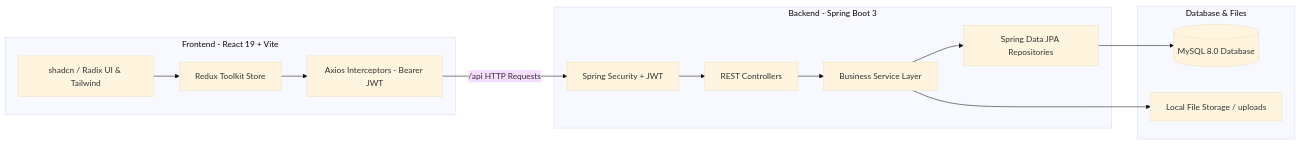
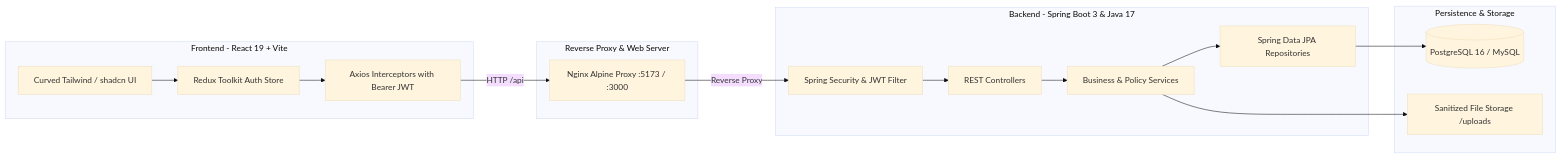
One commit to burlaprudhviraj123/SE_Project changed the diagram in README.md. Above: the diagram before and after it, drawn with Mermaid (base theme). The commit also changed other lines of this file, not shown here.

Commit message:
docs: update README with institutional access model, curved ANITS UI, and Docker architecture

````diff
--- a/README.md
+++ b/README.md
@@ -32,25 +32,30 @@
 ```mermaid
 flowchart LR
     subgraph Client [Frontend - React 19 + Vite]
-        UI[shadcn / Radix UI & Tailwind]
-        RTK[Redux Toolkit Store]
-        AX[Axios Interceptors - Bearer JWT]
+        UI[Curved Tailwind / shadcn UI]
+        RTK[Redux Toolkit Auth Store]
+        AX[Axios Interceptors with Bearer JWT]
     end
 
-    subgraph Server [Backend - Spring Boot 3]
-        SEC[Spring Security + JWT]
+    subgraph Gateway [Reverse Proxy & Web Server]
+        NGINX[Nginx Alpine Proxy :5173 / :3000]
+    end
+
+    subgraph Server [Backend - Spring Boot 3 & Java 17]
+        SEC[Spring Security & JWT Filter]
         CTRL[REST Controllers]
-        SVC[Business Service Layer]
+        SVC[Business & Policy Services]
         DATA[Spring Data JPA Repositories]
     end
 
-    subgraph Storage [Database & Files]
-        DB[(MySQL 8.0 Database)]
-        FS[Local File Storage / uploads]
+    subgraph Database [Persistence & Storage]
+        DB[(PostgreSQL 16 / MySQL)]
+        FS[Sanitized File Storage /uploads]
     end
 
     UI --> RTK --> AX
-    AX -->|/api HTTP Requests| SEC --> CTRL --> SVC --> DATA
+    AX -->|HTTP /api| NGINX
+    NGINX -->|Reverse Proxy| SEC --> CTRL --> SVC --> DATA
     DATA --> DB
     SVC --> FS
 ```
````
